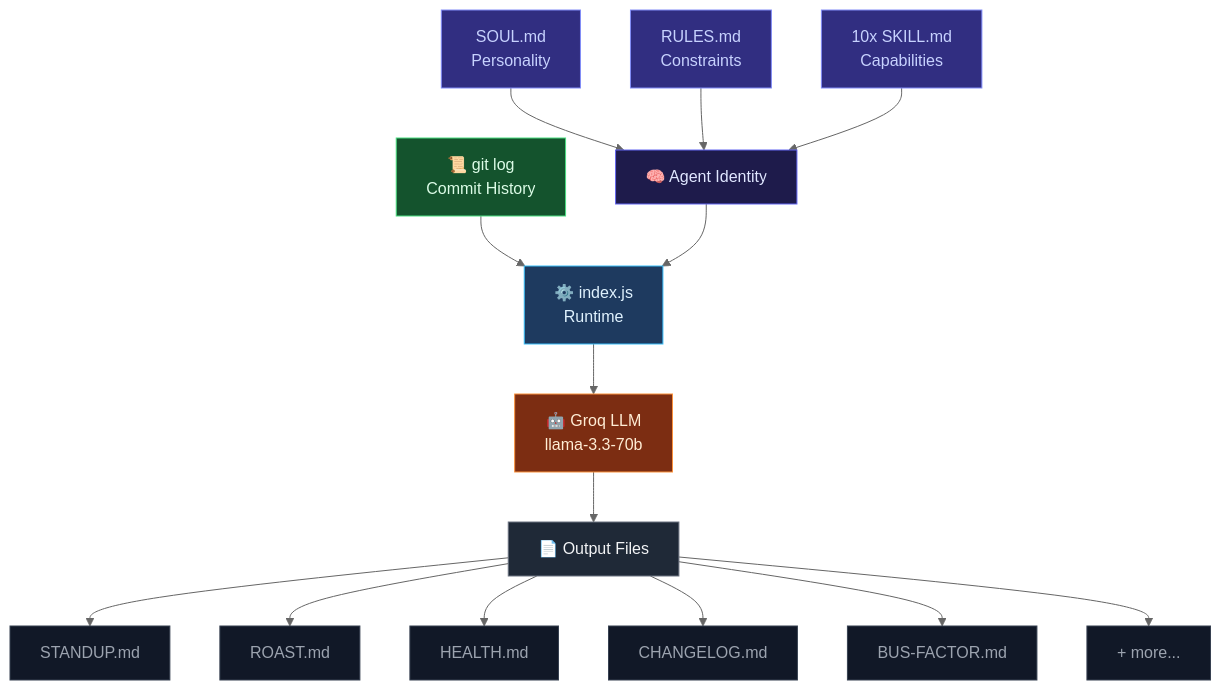
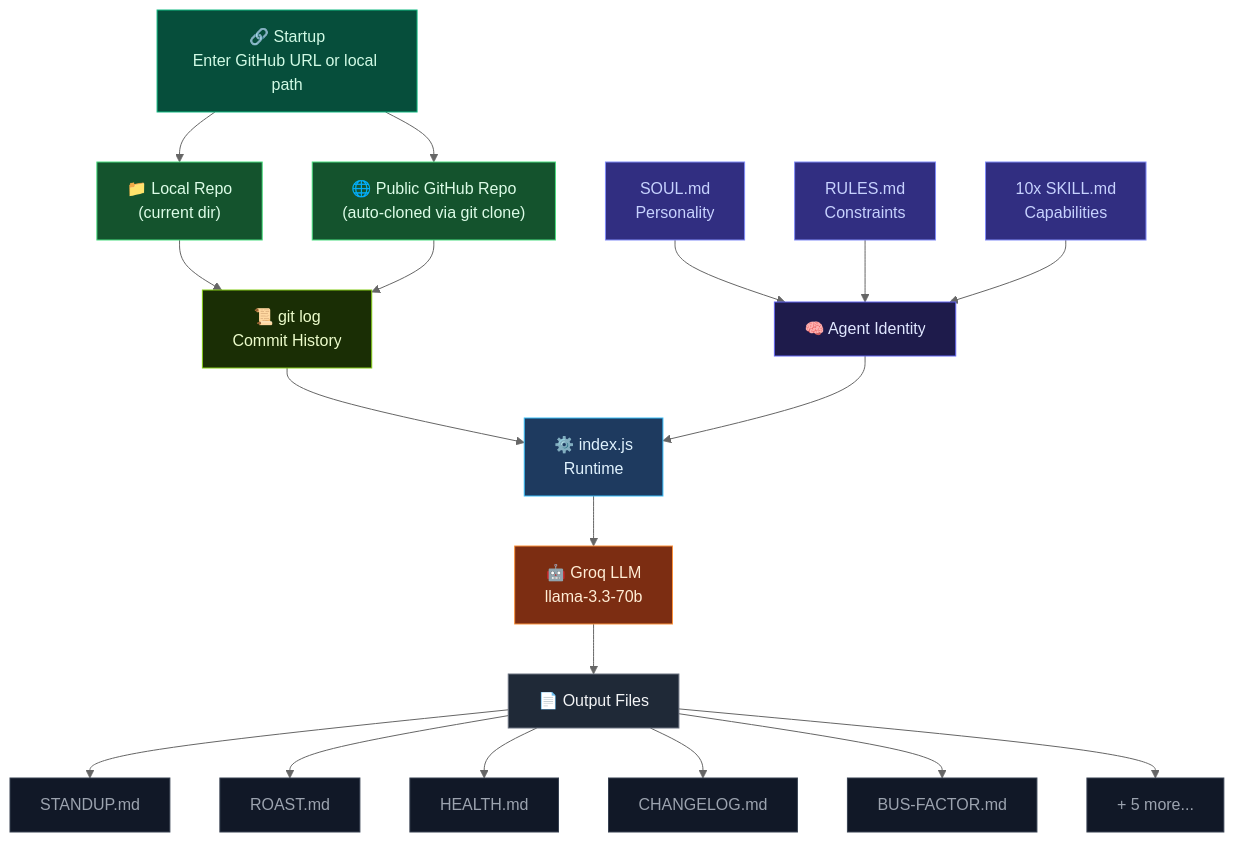
The diagram in README.md (JexanJoel/Git-Standup-Agent), drawn with Mermaid (neutral theme) before and after one commit. The commit also changed other lines of this file and 9 other files, not shown here.

Commit message:
feat: analyze any public GitHub repo by URL at startup

````diff
--- a/README.md
+++ b/README.md
@@ -210,36 +241,43 @@
 ```mermaid
 flowchart TD
+    START["🔗 Startup\nEnter GitHub URL or local path"]:::start
+
+    R1["📁 Local Repo\n(current dir)"]:::git
+    R2["🌐 Public GitHub Repo\n(auto-cloned via git clone)"]:::git
+
     A["🧠 Agent Identity"]:::identity
     A1["SOUL.md\nPersonality"]:::file
     A2["RULES.md\nConstraints"]:::file
     A3["10x SKILL.md\nCapabilities"]:::file
 
     B["⚙️ index.js\nRuntime"]:::runtime
-
-    C["📜 git log\nCommit History"]:::git
-
+    C["📜 git log\nCommit History"]:::gitlog
     D["🤖 Groq LLM\nllama-3.3-70b"]:::llm
 
     E["📄 Output Files"]:::output
     E1["STANDUP.md"]:::outfile
     E2["ROAST.md"]:::outfile
     E3["HEALTH.md"]:::outfile
     E4["CHANGELOG.md"]:::outfile
     E5["BUS-FACTOR.md"]:::outfile
-    E6["+ more..."]:::outfile
+    E6["+ 5 more..."]:::outfile
 
+    START --> R1 & R2
+    R1 & R2 --> C
     A1 & A2 & A3 --> A
     C --> B
     A --> B
     B --> D
     D --> E
     E --> E1 & E2 & E3 & E4 & E5 & E6
 
+    classDef start fill:#064e3b,stroke:#10b981,color:#d1fae5
     classDef identity fill:#1e1b4b,stroke:#6366f1,color:#e0e7ff
     classDef file fill:#312e81,stroke:#818cf8,color:#c7d2fe
     classDef runtime fill:#1e3a5f,stroke:#38bdf8,color:#e0f2fe
     classDef git fill:#14532d,stroke:#4ade80,color:#dcfce7
+    classDef gitlog fill:#1a2e05,stroke:#84cc16,color:#ecfccb
     classDef llm fill:#7c2d12,stroke:#fb923c,color:#ffedd5
     classDef output fill:#1f2937,stroke:#6b7280,color:#f3f4f6
     classDef outfile fill:#111827,stroke:#374151,color:#9ca3af
 ```
````
